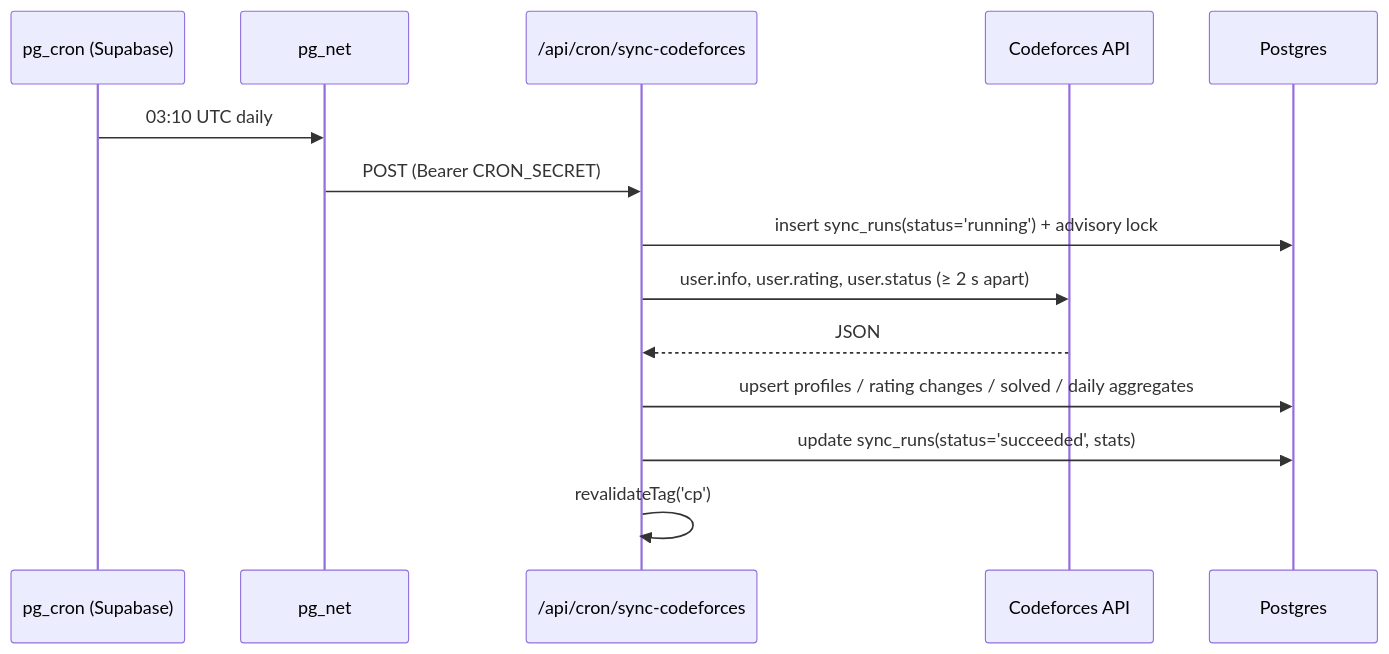
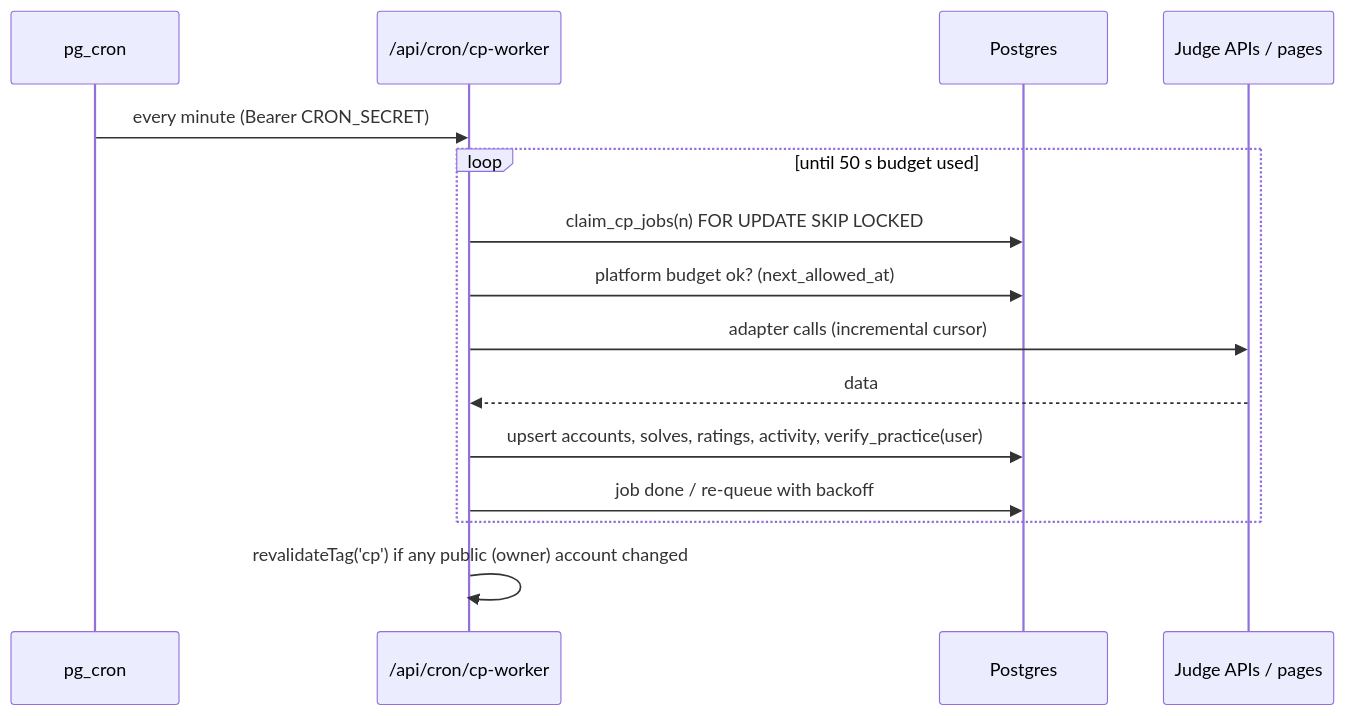
The sixth of 6 diagrams in docs/06-system-architecture.md (eyasir329/portfolio), drawn with Mermaid before and after one commit. The commit also changed other lines of this file and 25 other files, not shown here.

First line of the commit message:
docs: revise plan to 0.2 for HTML blog, guest accounts and 10-judge CP tracking

````diff
--- a/docs/06-system-architecture.md
+++ b/docs/06-system-architecture.md
@@ -233,16 +196,17 @@
 ```mermaid
 sequenceDiagram
-  participant Cron as pg_cron (Supabase)
-  participant Net as pg_net
-  participant API as /api/cron/sync-codeforces
-  participant CF as Codeforces API
+  participant Cron as pg_cron
+  participant W as /api/cron/cp-worker
   participant DB as Postgres
-  Cron->>Net: 03:10 UTC daily
-  Net->>API: POST (Bearer CRON_SECRET)
-  API->>DB: insert sync_runs(status='running') + advisory lock
-  API->>CF: user.info, user.rating, user.status (≥ 2 s apart)
-  CF-->>API: JSON
-  API->>DB: upsert profiles / rating changes / solved / daily aggregates
-  API->>DB: update sync_runs(status='succeeded', stats)
-  API->>API: revalidateTag('cp')
+  participant J as Judge APIs / pages
+  Cron->>W: every minute (Bearer CRON_SECRET)
+  loop until 50 s budget used
+    W->>DB: claim_cp_jobs(n) FOR UPDATE SKIP LOCKED
+    W->>DB: platform budget ok? (next_allowed_at)
+    W->>J: adapter calls (incremental cursor)
+    J-->>W: data
+    W->>DB: upsert accounts, solves, ratings, activity, verify_practice(user)
+    W->>DB: job done / re-queue with backoff
+  end
+  W->>W: revalidateTag('cp') if any public (owner) account changed
 ```
````
